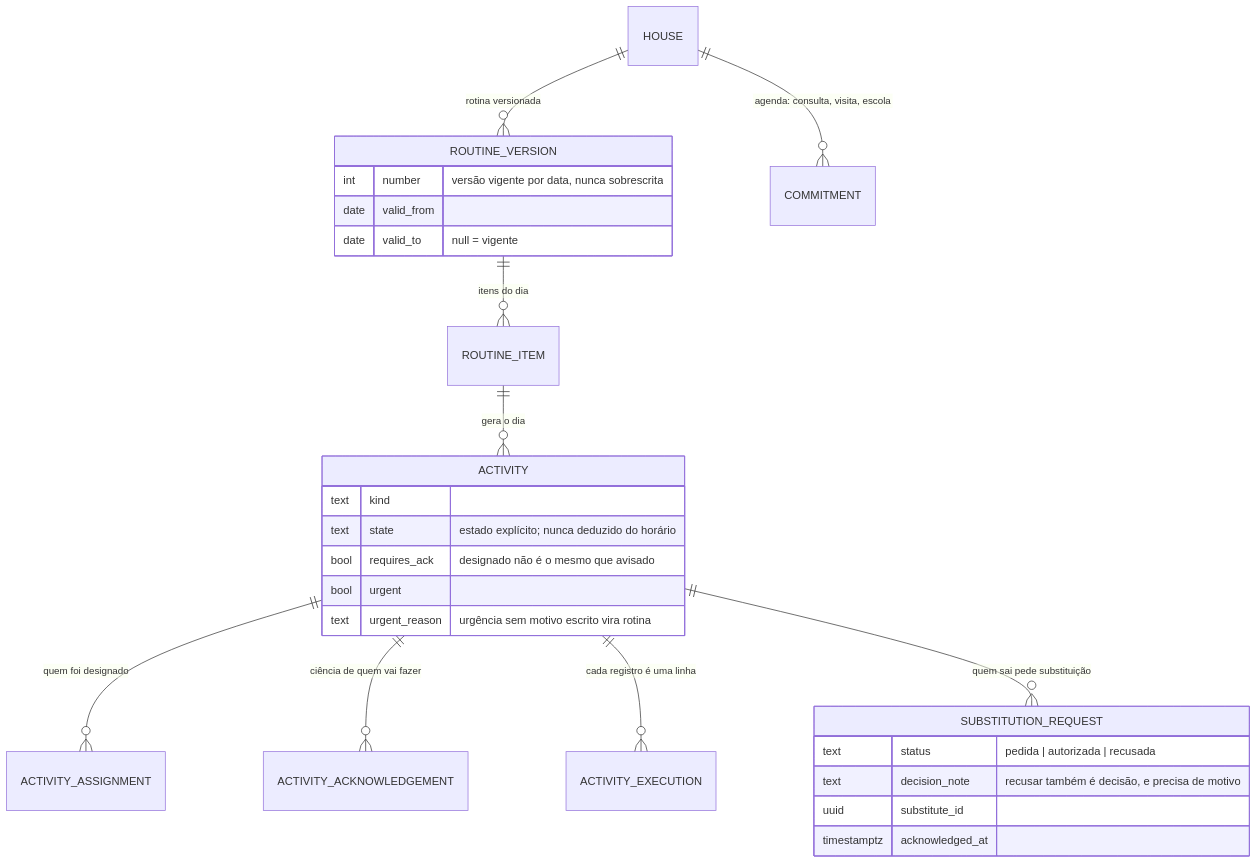
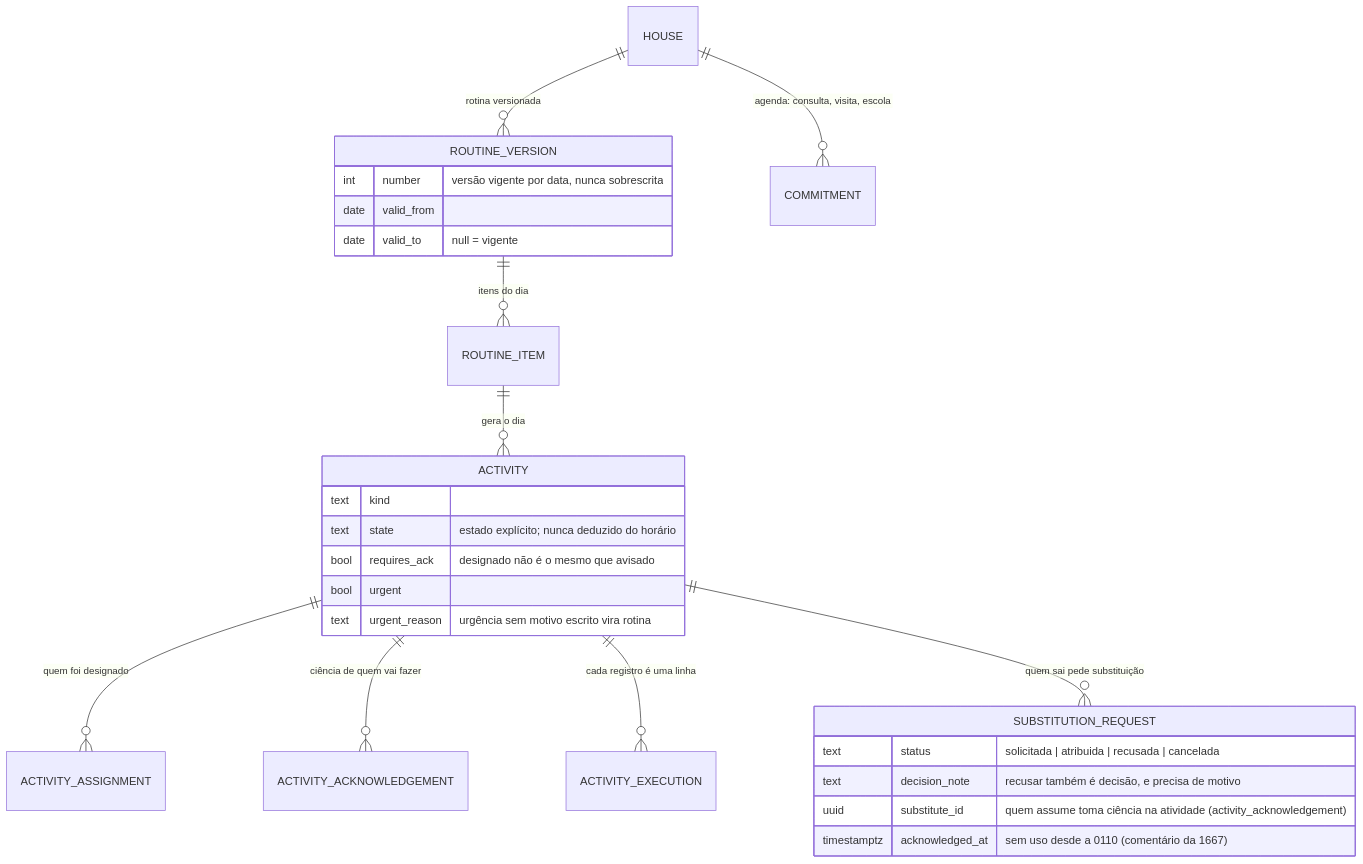
One commit to kanaitzin/fundacao changed the fifth of 10 diagrams in docs/der.md. Above: the diagram before and after it, drawn with Mermaid. The commit also changed 5 other files, not shown here.

First line of the commit message:
O documento das tabelas diz onde mora a ciência de quem assume uma substituição

````diff
--- a/docs/der.md
+++ b/docs/der.md
@@ -385,30 +385,30 @@
 ```mermaid
 erDiagram
   HOUSE ||--o{ ROUTINE_VERSION : "rotina versionada"
   ROUTINE_VERSION ||--o{ ROUTINE_ITEM : "itens do dia"
   ROUTINE_ITEM ||--o{ ACTIVITY : "gera o dia"
   ACTIVITY ||--o{ ACTIVITY_ASSIGNMENT : "quem foi designado"
   ACTIVITY ||--o{ ACTIVITY_ACKNOWLEDGEMENT : "ciência de quem vai fazer"
   ACTIVITY ||--o{ ACTIVITY_EXECUTION : "cada registro é uma linha"
   ACTIVITY ||--o{ SUBSTITUTION_REQUEST : "quem sai pede substituição"
   HOUSE ||--o{ COMMITMENT : "agenda: consulta, visita, escola"
 
   ROUTINE_VERSION {
     int number "versão vigente por data, nunca sobrescrita"
     date valid_from
     date valid_to "null = vigente"
   }
   ACTIVITY {
     text kind
     text state "estado explícito; nunca deduzido do horário"
     bool requires_ack "designado não é o mesmo que avisado"
     bool urgent
     text urgent_reason "urgência sem motivo escrito vira rotina"
   }
   SUBSTITUTION_REQUEST {
-    text status "pedida | autorizada | recusada"
+    text status "solicitada | atribuida | recusada | cancelada"
     text decision_note "recusar também é decisão, e precisa de motivo"
-    uuid substitute_id
-    timestamptz acknowledged_at
+    uuid substitute_id "quem assume toma ciência na atividade (activity_acknowledgement)"
+    timestamptz acknowledged_at "sem uso desde a 0110 (comentário da 1667)"
   }
 ```
````
